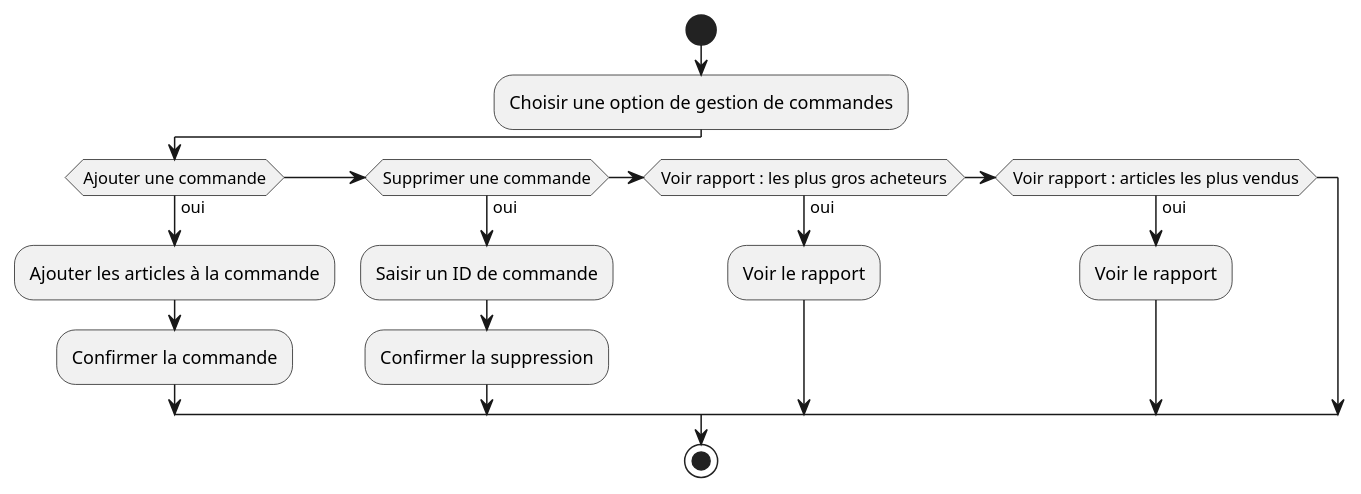
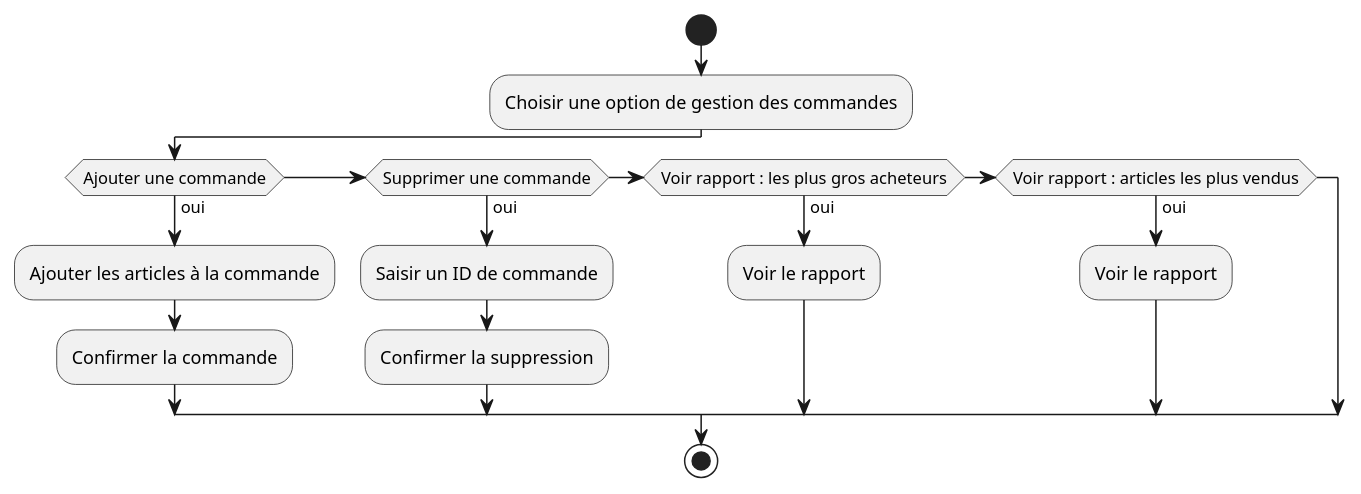
The diagram in docs/uml/activity.puml (guteacher/log430-a25-labo2), drawn with PlantUML before and after one commit. The commit also changed 6 other files, not shown here.

```diff
--- a/docs/uml/activity.puml
+++ b/docs/uml/activity.puml
@@ -1,16 +1,16 @@
 @startuml
     start
-        :Choisir une option de gestion de commandes;
+        :Choisir une option de gestion des commandes;
         if (Ajouter une commande) then (oui)
             :Ajouter les articles à la commande;
             :Confirmer la commande;
         elseif (Supprimer une commande) then (oui) 
             :Saisir un ID de commande;
             :Confirmer la suppression;
         elseif (Voir rapport : les plus gros acheteurs) then (oui)
             :Voir le rapport;
         elseif (Voir rapport : articles les plus vendus) then (oui) 
             :Voir le rapport;
         endif
     stop
 @enduml
```
